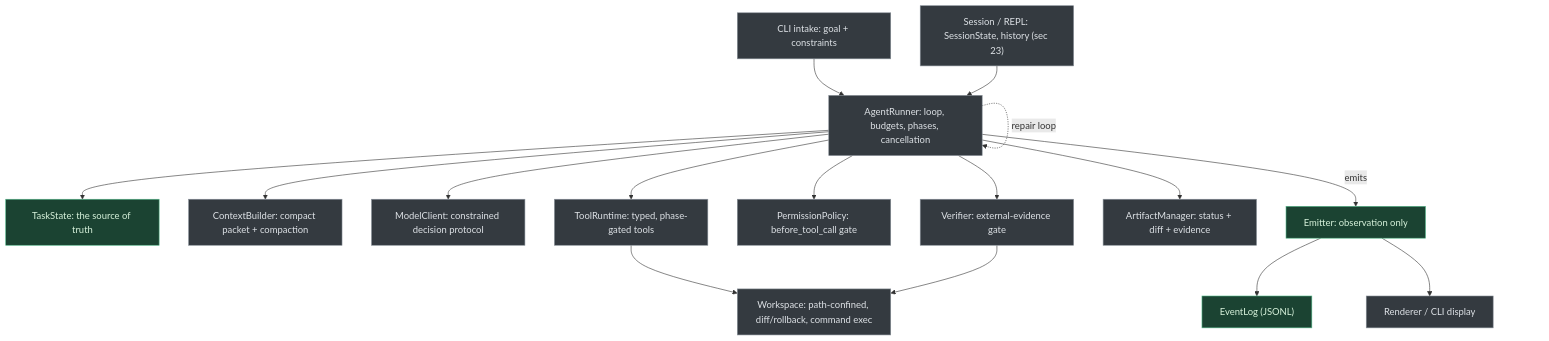
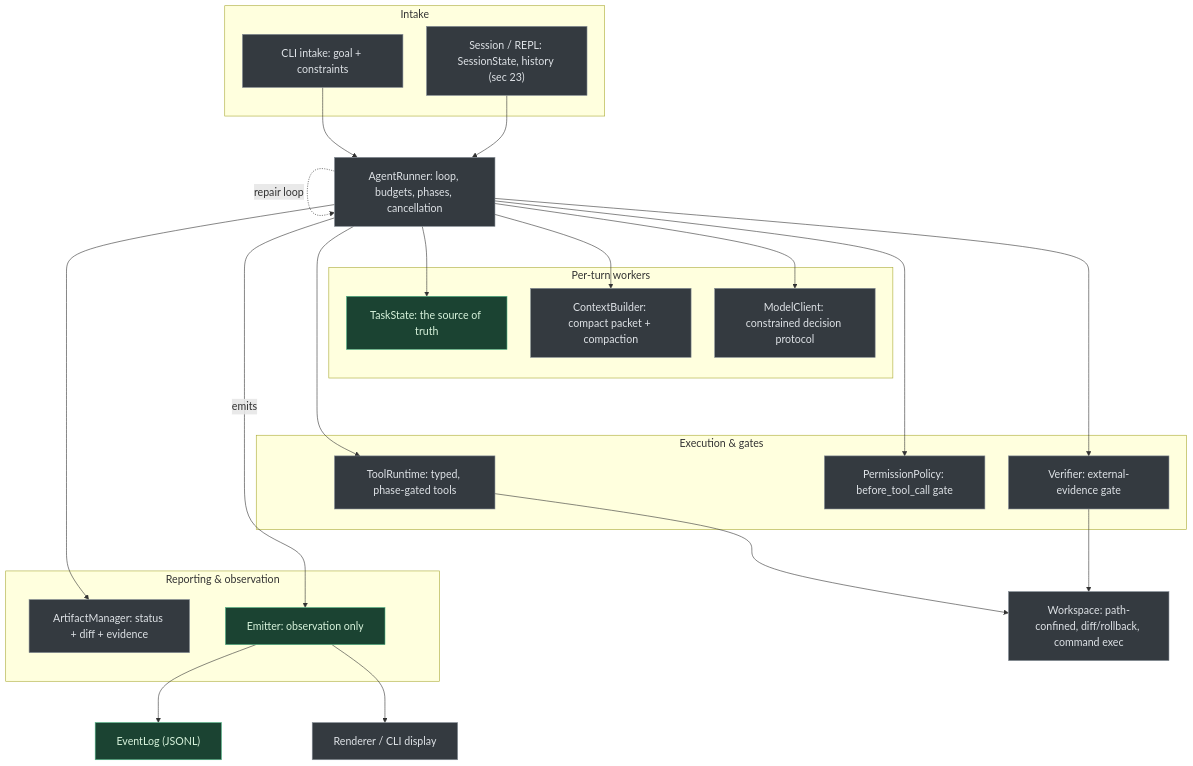
Before and after one commit to codexceed/avatar-harness: the first of 7 diagrams in ARCHITECTURE.md, drawn with Mermaid. The commit also changed other lines of this file, not shown here.

Commit message:
docs: restructure high-level architecture diagram into tiered subgraphs

````diff
--- a/ARCHITECTURE.md
+++ b/ARCHITECTURE.md
@@ -24,24 +24,60 @@
 ```mermaid
+---
+config:
+  flowchart:
+    rankSpacing: 70
+    nodeSpacing: 40
+    padding: 18
+  themeVariables:
+    fontSize: 18px
+---
 flowchart TD
-    CLI["CLI intake: goal + constraints"] --> R
-    SESS["Session / REPL: SessionState, history (sec 23)"] --> R
+    subgraph intake["Intake"]
+        CLI["CLI intake: goal + constraints"]
+        SESS["Session / REPL: SessionState, history (sec 23)"]
+    end
+
     R["AgentRunner: loop, budgets, phases, cancellation"]
-    R --> TS["TaskState: the source of truth"]
-    R --> CB["ContextBuilder: compact packet + compaction"]
-    R --> MC["ModelClient: constrained decision protocol"]
-    R --> TR["ToolRuntime: typed, phase-gated tools"]
-    R --> PP["PermissionPolicy: before_tool_call gate"]
-    R --> V["Verifier: external-evidence gate"]
-    R --> AM["ArtifactManager: status + diff + evidence"]
-    R -->|emits| EM["Emitter: observation only"]
+    R -.->|repair loop| R
+
+    subgraph turn["Per-turn workers"]
+        TS["TaskState: the source of truth"]
+        CB["ContextBuilder: compact packet + compaction"]
+        MC["ModelClient: constrained decision protocol"]
+    end
+
+    subgraph act["Execution & gates"]
+        TR["ToolRuntime: typed, phase-gated tools"]
+        PP["PermissionPolicy: before_tool_call gate"]
+        V["Verifier: external-evidence gate"]
+    end
+
+    subgraph report["Reporting & observation"]
+        AM["ArtifactManager: status + diff + evidence"]
+        EM["Emitter: observation only"]
+    end
+
+    CLI --> R
+    SESS --> R
+    R --> TS
+    R --> CB
+    R --> MC
+    R --> TR
+    R --> PP
+    R --> V
+    R --> AM
+    R -->|emits| EM
     EM --> EL["EventLog (JSONL)"]
     EM --> UI["Renderer / CLI display"]
     TR --> WS["Workspace: path-confined, diff/rollback, command exec"]
     V --> WS
-    R -.->|repair loop| R
+
+    %% force the tiers to stack vertically into one column
+    turn ~~~ act
+    act ~~~ report
 
     classDef done fill:#1b4332,stroke:#52b788,color:#d8f3dc;
     classDef todo fill:#343a40,stroke:#868e96,color:#dee2e6;
     class TS,EM,EL done;
     class SESS,CLI,R,CB,MC,TR,PP,V,AM,UI,WS todo;
 ```
````
